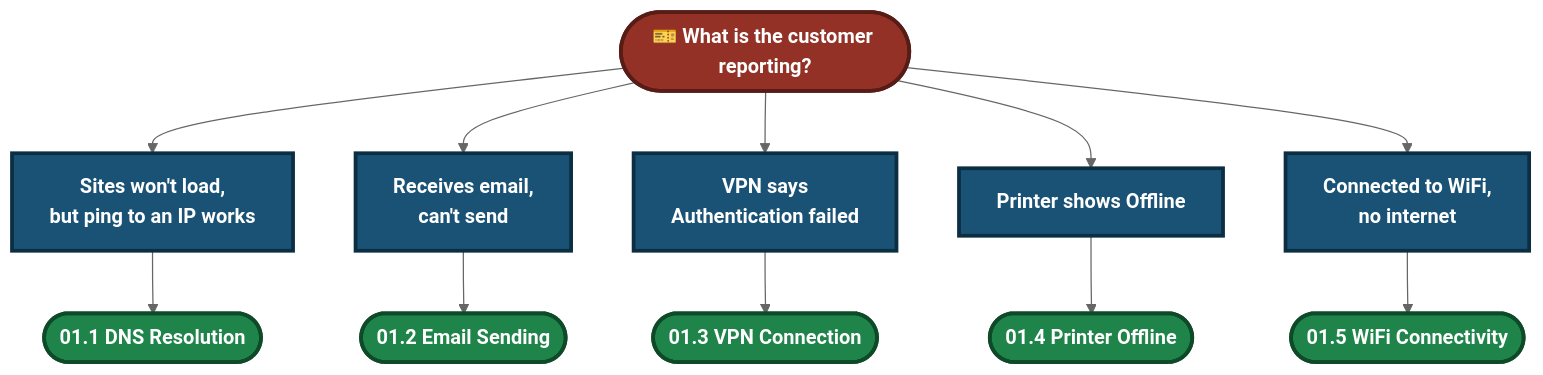
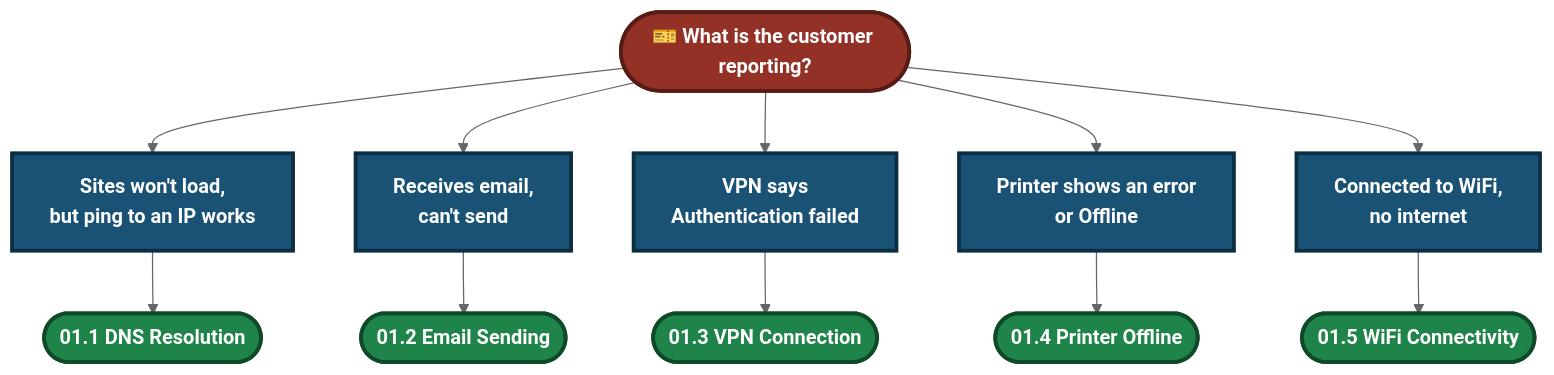
The second of 5 diagrams in 01-Video-knowledge-base/README.md (malaika-azhar/Customer-Tech-Support-Portfolio), drawn with Mermaid (neutral theme) before and after one commit. The commit also changed other lines of this file, not shown here.

````diff
--- a/01-Video-knowledge-base/README.md
+++ b/01-Video-knowledge-base/README.md
@@ -187,18 +186,18 @@
 ```mermaid
 flowchart TD
     Start(["🎫 What is the customer reporting?"]):::start
     Start --> A["Sites won't load,<br/>but ping to an IP works"]:::q
     Start --> B["Receives email,<br/>can't send"]:::q
     Start --> C["VPN says<br/>Authentication failed"]:::q
-    Start --> D["Printer shows Offline"]:::q
+    Start --> D["Printer shows an error<br/>or Offline"]:::q
     Start --> E["Connected to WiFi,<br/>no internet"]:::q
     A --> S1(["01.1 DNS Resolution"]):::s
     B --> S2(["01.2 Email Sending"]):::s
     C --> S3(["01.3 VPN Connection"]):::s
     D --> S4(["01.4 Printer Offline"]):::s
     E --> S5(["01.5 WiFi Connectivity"]):::s
 
     classDef start fill:#943126,stroke:#571C16,stroke-width:3px,color:#FFFFFF,font-weight:bold
     classDef q fill:#1A5276,stroke:#0B2E43,stroke-width:3px,color:#FFFFFF,font-weight:bold
     classDef s fill:#1E8449,stroke:#0E4A28,stroke-width:3px,color:#FFFFFF,font-weight:bold
 ```
````
